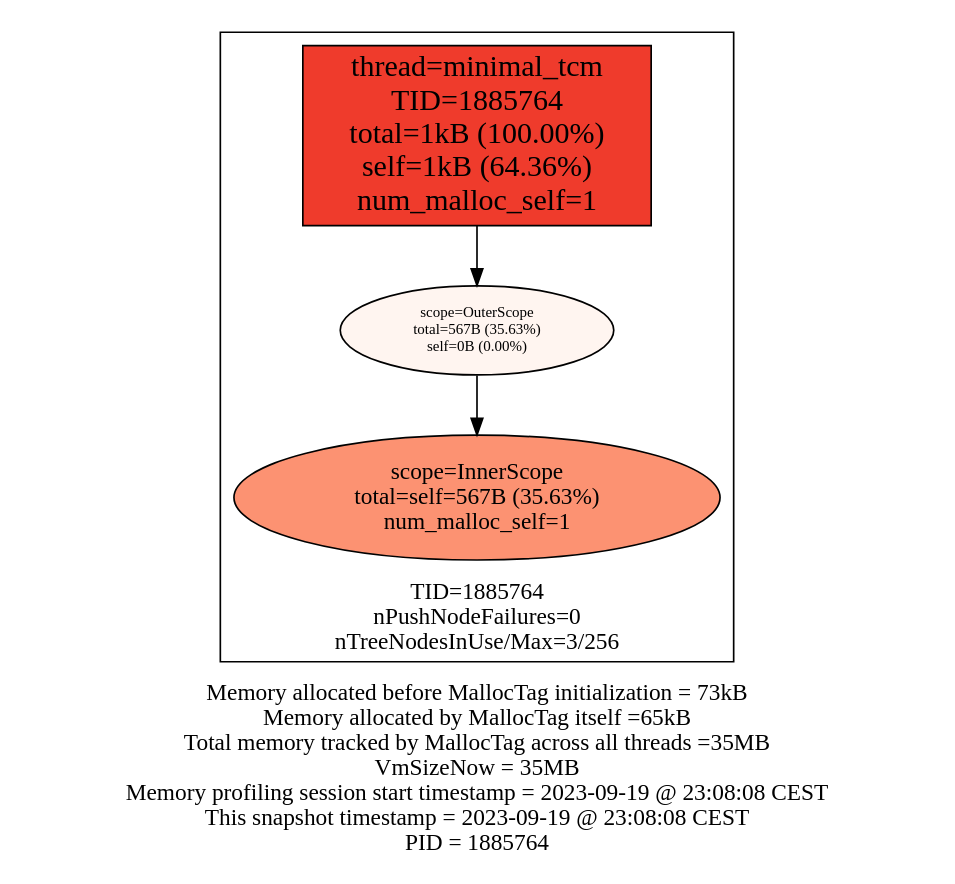
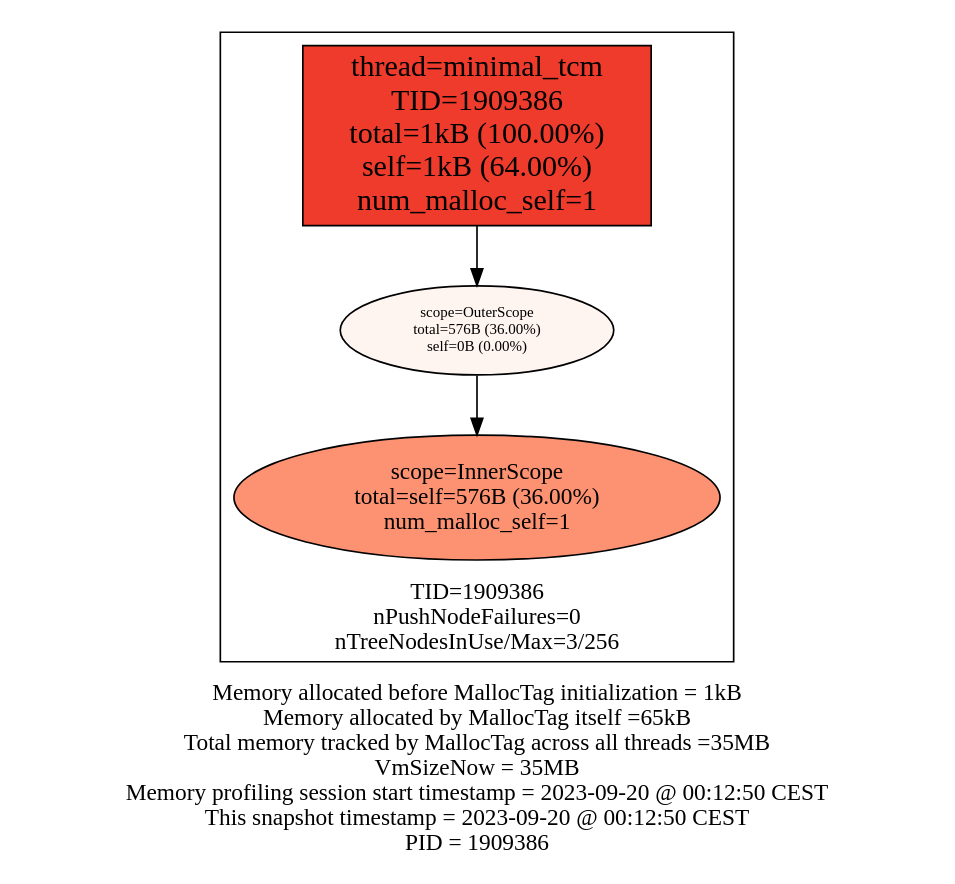
Before and after one commit to f18m/malloc-tag: the diagram in examples/malloctag_and_tcmalloc/malloctag_and_tcmalloc_stats.dot, drawn with Graphviz. The commit also changed 13 other files, not shown here.

```diff
--- a/examples/malloctag_and_tcmalloc/malloctag_and_tcmalloc_stats.dot
+++ b/examples/malloctag_and_tcmalloc/malloctag_and_tcmalloc_stats.dot
@@ -1,16 +1,16 @@
 digraph MallocTree {
  node [colorscheme=reds9 style=filled]
- subgraph cluster_TID1885764 {
+ subgraph cluster_TID1909386 {
   node [colorscheme=reds9 style=filled]
   labelloc="b"
-  label="TID=1885764\nnPushNodeFailures=0\nnTreeNodesInUse/Max=3/256\n"
-  "1885764_minimal_tcm" [label="thread=minimal_tcm\nTID=1885764\ntotal=1kB (100.00%)\nself=1kB (64.36%)\nnum_malloc_self=1" shape=box fillcolor=6 fontsize=18]
-  "1885764_minimal_tcm" -> "1885764_OuterScope"
-  "1885764_OuterScope" [label="scope=OuterScope\ntotal=567B (35.63%)\nself=0B (0.00%)" fillcolor=1 fontsize=9]
-  "1885764_OuterScope" -> "1885764_InnerScope"
-  "1885764_InnerScope" [label="scope=InnerScope\ntotal=self=567B (35.63%)\nnum_malloc_self=1" fillcolor=4 fontsize=14]
+  label="TID=1909386\nnPushNodeFailures=0\nnTreeNodesInUse/Max=3/256\n"
+  "1909386_minimal_tcm" [label="thread=minimal_tcm\nTID=1909386\ntotal=1kB (100.00%)\nself=1kB (64.00%)\nnum_malloc_self=1" shape=box fillcolor=6 fontsize=18]
+  "1909386_minimal_tcm" -> "1909386_OuterScope"
+  "1909386_OuterScope" [label="scope=OuterScope\ntotal=576B (36.00%)\nself=0B (0.00%)" fillcolor=1 fontsize=9]
+  "1909386_OuterScope" -> "1909386_InnerScope"
+  "1909386_InnerScope" [label="scope=InnerScope\ntotal=self=576B (36.00%)\nnum_malloc_self=1" fillcolor=4 fontsize=14]
  }
 
  labelloc="b"
- label="Memory allocated before MallocTag initialization = 73kB\nMemory allocated by MallocTag itself =65kB\nTotal memory tracked by MallocTag across all threads =35MB\nVmSizeNow = 35MB\nMemory profiling session start timestamp = 2023-09-19 @ 23:08:08 CEST\nThis snapshot timestamp = 2023-09-19 @ 23:08:08 CEST\nPID = 1885764\n"
+ label="Memory allocated before MallocTag initialization = 1kB\nMemory allocated by MallocTag itself =65kB\nTotal memory tracked by MallocTag across all threads =35MB\nVmSizeNow = 35MB\nMemory profiling session start timestamp = 2023-09-20 @ 00:12:50 CEST\nThis snapshot timestamp = 2023-09-20 @ 00:12:50 CEST\nPID = 1909386\n"
 }
```
